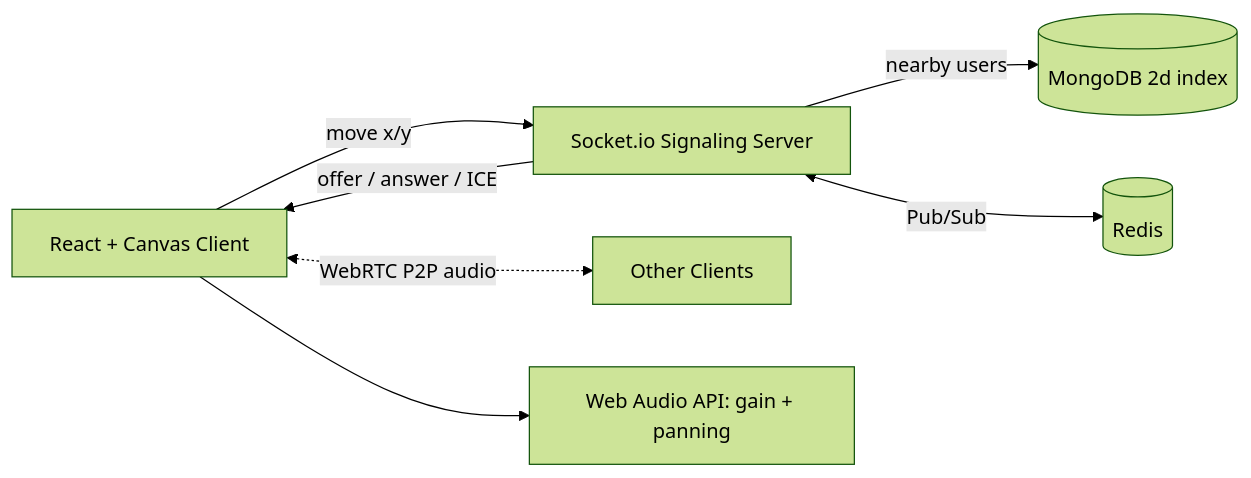
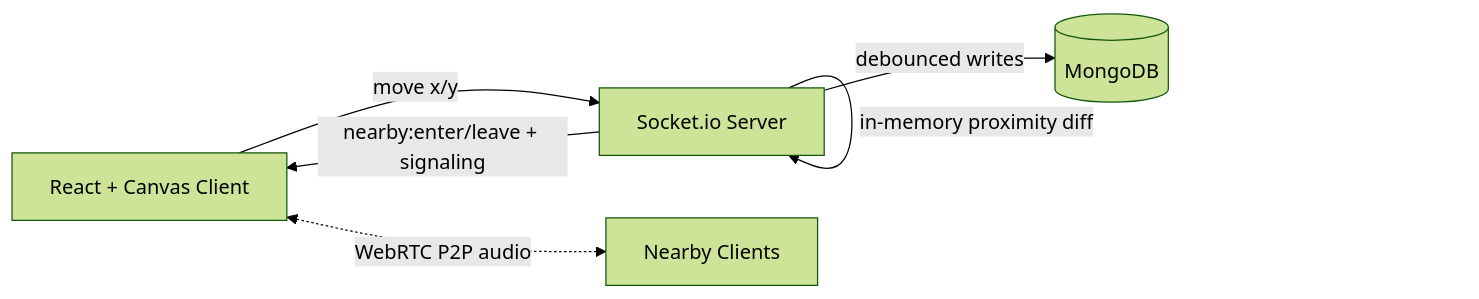
One commit to ABHAY-AVA2005/ProxiSpeak-project-Group-10--INFOTACT- changed the diagram in README.md. Above: the diagram before and after it, drawn with Mermaid (forest theme). The commit also changed other lines of this file, not shown here.

````diff
--- a/README.md
+++ b/README.md
@@ -24,9 +38,8 @@
 ```mermaid
 flowchart LR
-    A[React + Canvas Client] -- move x/y --> B[Socket.io Signaling Server]
-    B -- nearby users --> C[(MongoDB 2d index)]
-    B <-- Pub/Sub --> D[(Redis)]
-    A <-. WebRTC P2P audio .-> E[Other Clients]
-    B -- offer / answer / ICE --> A
-    A --> F[Web Audio API: gain + panning]
+    A[React + Canvas Client] -- move x/y --> B[Socket.io Server]
+    B -- in-memory proximity diff --> B
+    B -- debounced writes --> C[(MongoDB)]
+    B -- nearby:enter/leave + signaling --> A
+    A <-. WebRTC P2P audio .-> E[Nearby Clients]
 ```
````
